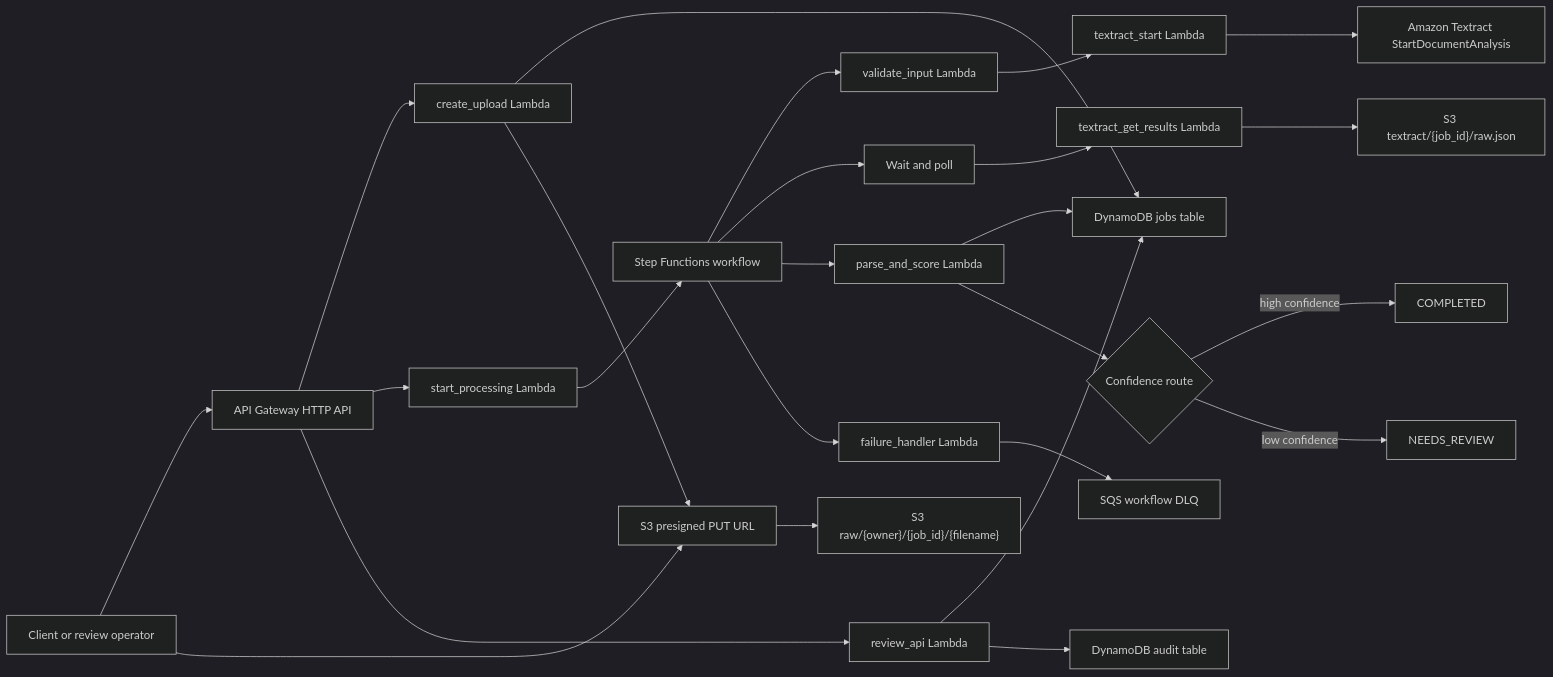
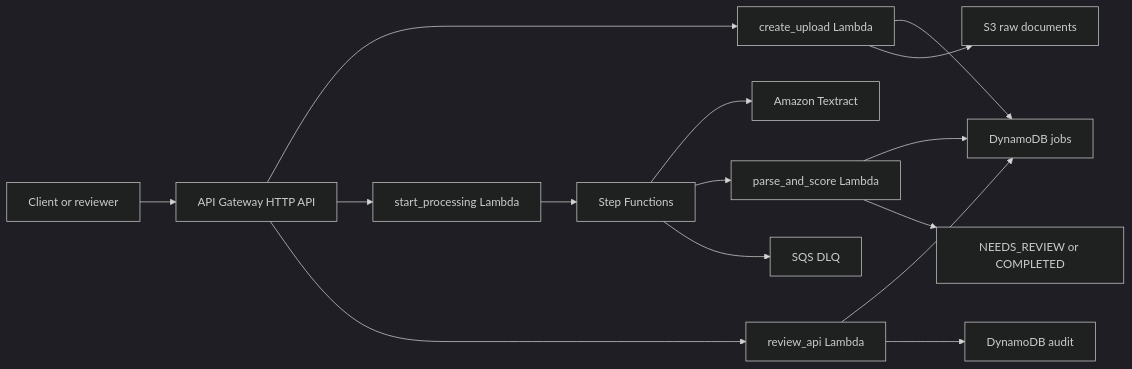
One commit to manynames3/docuflow-ocr changed the diagram in README.md. Above: the diagram before and after it, drawn with Mermaid (dark theme). The commit also changed other lines of this file and 26 other files, not shown here.

````diff
--- a/README.md
+++ b/README.md
@@ -7,27 +49,17 @@
 ```mermaid
 flowchart LR
-    Client["Client or review operator"] --> API["API Gateway HTTP API"]
-    API --> Create["create_upload Lambda"]
-    Create --> Jobs["DynamoDB jobs table"]
-    Create --> Upload["S3 presigned PUT URL"]
-    Client --> Upload
-    Upload --> Raw["S3 raw/{owner}/{job_id}/{filename}"]
-    API --> Start["start_processing Lambda"]
-    Start --> SFN["Step Functions workflow"]
-    SFN --> Validate["validate_input Lambda"]
-    Validate --> TextractStart["textract_start Lambda"]
-    TextractStart --> Textract["Amazon Textract StartDocumentAnalysis"]
-    SFN --> Wait["Wait and poll"]
-    Wait --> TextractGet["textract_get_results Lambda"]
-    TextractGet --> RawJson["S3 textract/{job_id}/raw.json"]
-    SFN --> Parse["parse_and_score Lambda"]
-    Parse --> Jobs
-    Parse --> Complete{"Confidence route"}
-    Complete -->|high confidence| Done["COMPLETED"]
-    Complete -->|low confidence| Review["NEEDS_REVIEW"]
-    API --> ReviewAPI["review_api Lambda"]
-    ReviewAPI --> Jobs
-    ReviewAPI --> Audit["DynamoDB audit table"]
-    SFN --> Failure["failure_handler Lambda"]
-    Failure --> DLQ["SQS workflow DLQ"]
+    Client["Client or reviewer"] --> API["API Gateway HTTP API"]
+    API --> UploadLambda["create_upload Lambda"]
+    UploadLambda --> Jobs["DynamoDB jobs"]
+    UploadLambda --> S3["S3 raw documents"]
+    API --> StartLambda["start_processing Lambda"]
+    StartLambda --> SFN["Step Functions"]
+    SFN --> Textract["Amazon Textract"]
+    SFN --> Parser["parse_and_score Lambda"]
+    Parser --> Jobs
+    Parser --> Review["NEEDS_REVIEW or COMPLETED"]
+    API --> ReviewLambda["review_api Lambda"]
+    ReviewLambda --> Jobs
+    ReviewLambda --> Audit["DynamoDB audit"]
+    SFN --> DLQ["SQS DLQ"]
 ```
````
